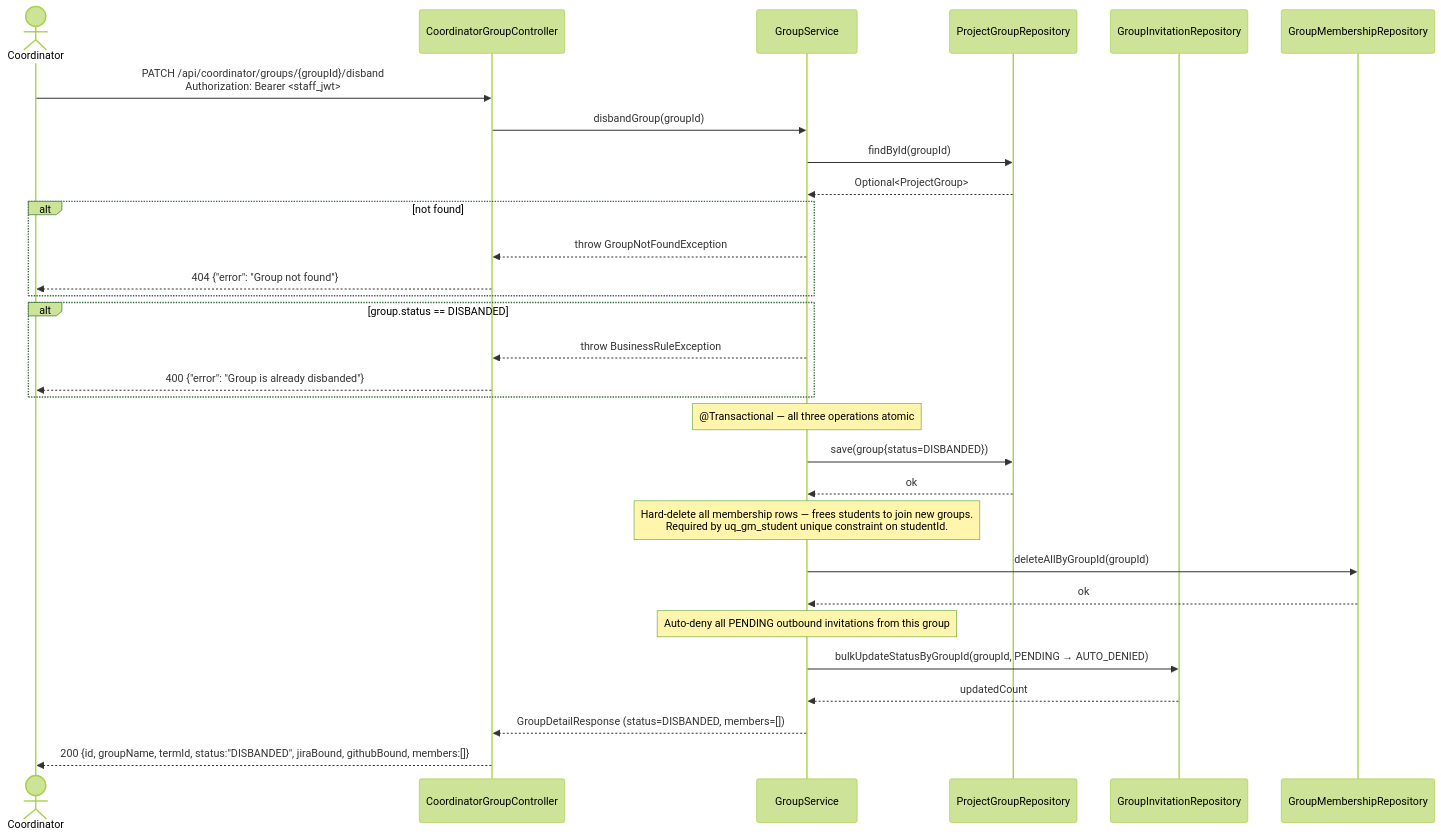
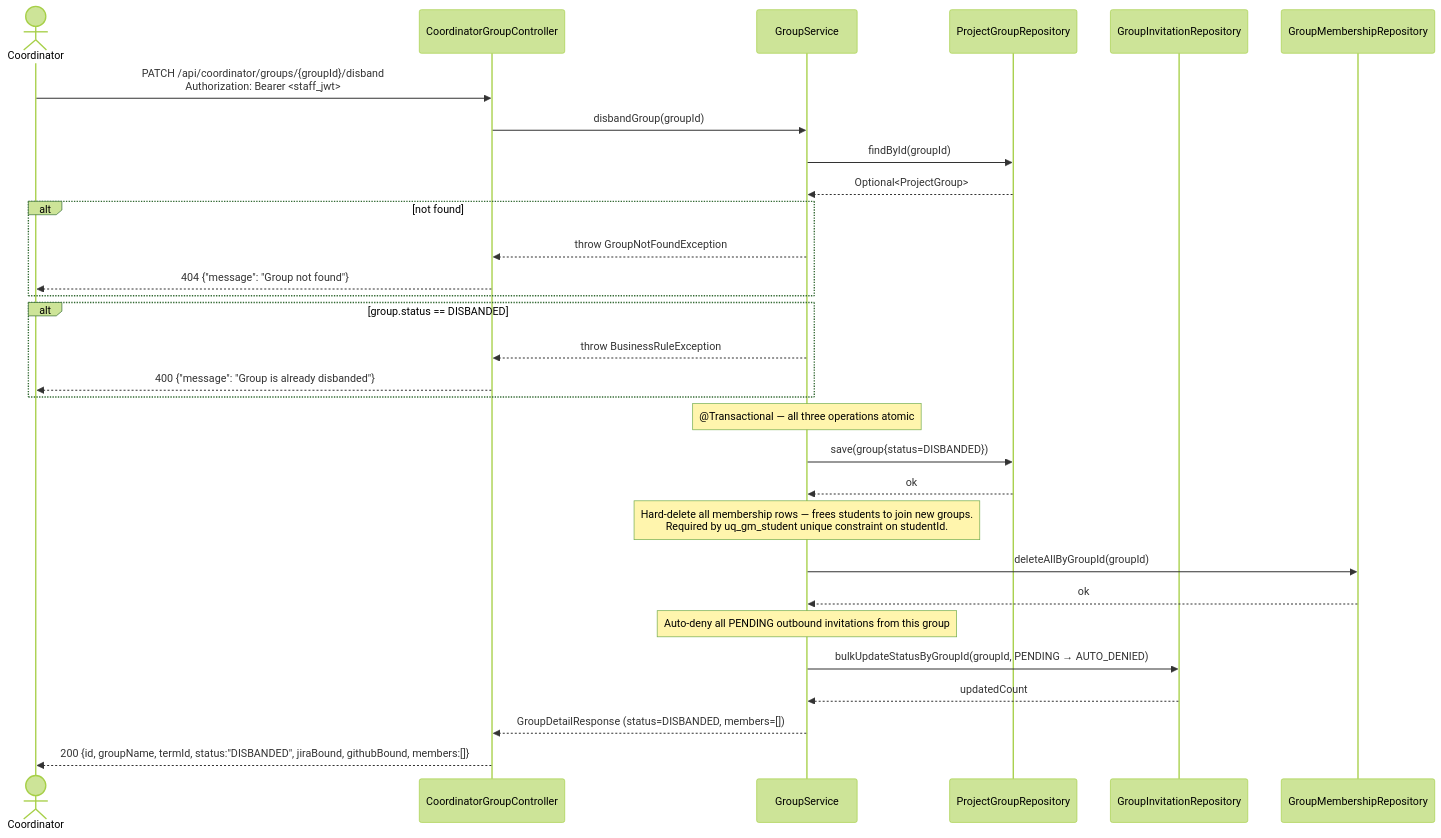
Before and after one commit to SE3318-Spring-2025-2026/senior-app-6: the fourth of 4 diagrams in docs/process2/sequences/2.6_coordinator_override_p2.md, drawn with Mermaid (forest theme). The commit also changed other lines of this file and 27 other files, not shown here.

````diff
--- a/docs/process2/sequences/2.6_coordinator_override_p2.md
+++ b/docs/process2/sequences/2.6_coordinator_override_p2.md
@@ -172,40 +172,40 @@
 ```mermaid
 sequenceDiagram
     actor Coordinator
     participant CoordinatorGroupController
     participant GroupService
     participant ProjectGroupRepository
     participant GroupInvitationRepository
 
     Coordinator->>CoordinatorGroupController: PATCH /api/coordinator/groups/{groupId}/disband<br/>Authorization: Bearer <staff_jwt>
 
     CoordinatorGroupController->>GroupService: disbandGroup(groupId)
 
     GroupService->>ProjectGroupRepository: findById(groupId)
     ProjectGroupRepository-->>GroupService: Optional<ProjectGroup>
 
     alt not found
         GroupService-->>CoordinatorGroupController: throw GroupNotFoundException
-        CoordinatorGroupController-->>Coordinator: 404 {"error": "Group not found"}
+        CoordinatorGroupController-->>Coordinator: 404 {"message": "Group not found"}
     end
 
     alt group.status == DISBANDED
         GroupService-->>CoordinatorGroupController: throw BusinessRuleException
-        CoordinatorGroupController-->>Coordinator: 400 {"error": "Group is already disbanded"}
+        CoordinatorGroupController-->>Coordinator: 400 {"message": "Group is already disbanded"}
     end
 
     Note over GroupService: @Transactional — all three operations atomic
     GroupService->>ProjectGroupRepository: save(group{status=DISBANDED})
     ProjectGroupRepository-->>GroupService: ok
 
     Note over GroupService: Hard-delete all membership rows — frees students to join new groups.<br/>Required by uq_gm_student unique constraint on studentId.
     GroupService->>GroupMembershipRepository: deleteAllByGroupId(groupId)
     GroupMembershipRepository-->>GroupService: ok
 
     Note over GroupService: Auto-deny all PENDING outbound invitations from this group
     GroupService->>GroupInvitationRepository: bulkUpdateStatusByGroupId(groupId, PENDING → AUTO_DENIED)
     GroupInvitationRepository-->>GroupService: updatedCount
 
     GroupService-->>CoordinatorGroupController: GroupDetailResponse (status=DISBANDED, members=[])
     CoordinatorGroupController-->>Coordinator: 200 {id, groupName, termId, status:"DISBANDED", jiraBound, githubBound, members:[]}
 ```
````
